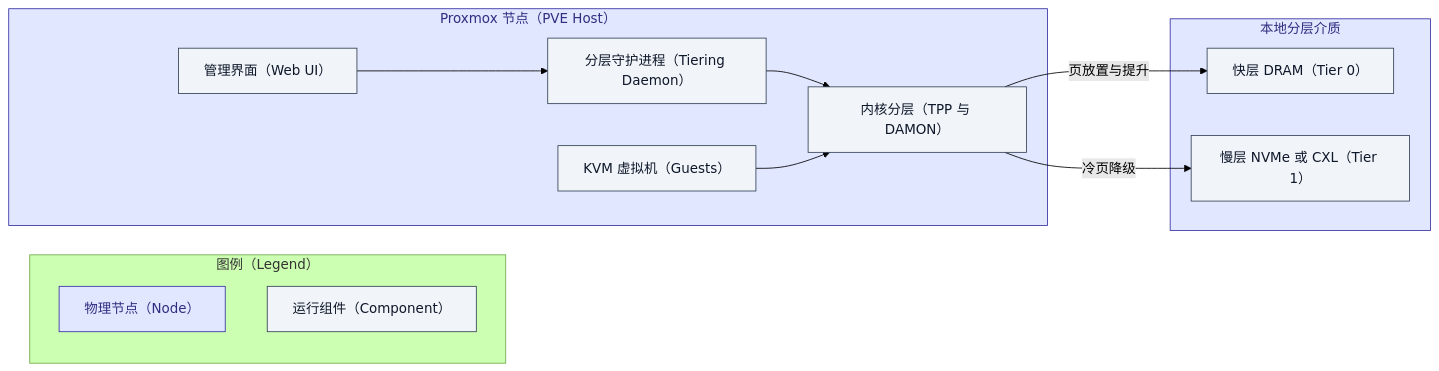
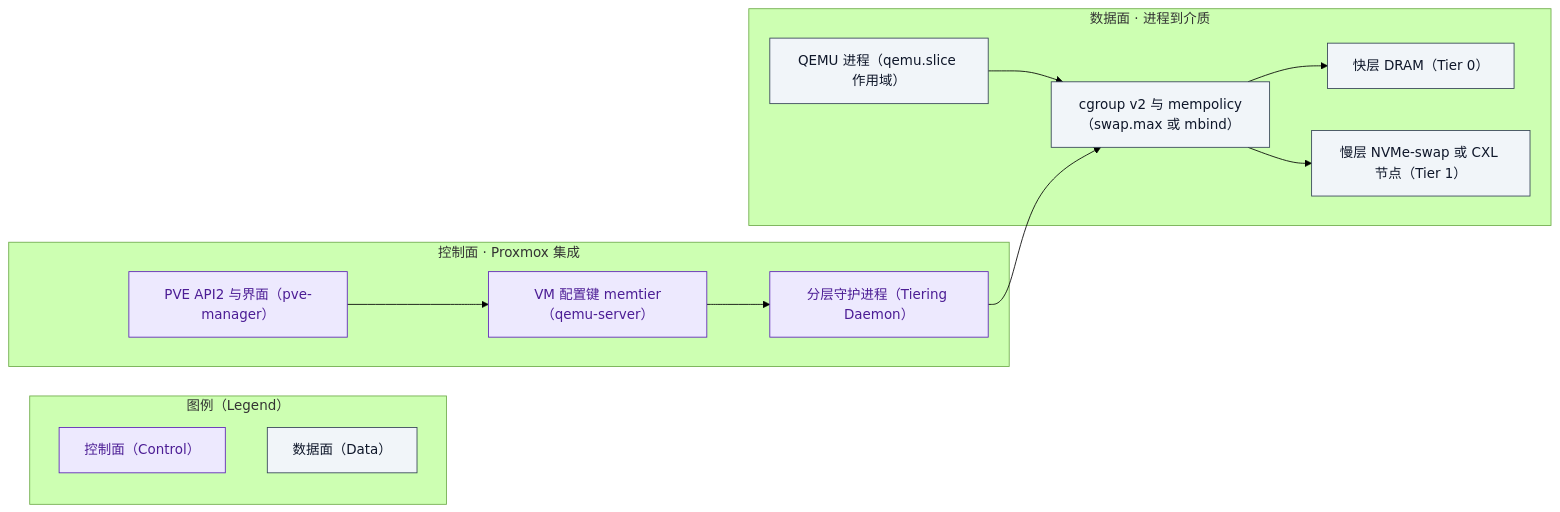
The fourth of 4 diagrams in docs/harness-sop/examples/memory-tiring-p2v/report.md (turtacn/storm), drawn with Mermaid (forest theme) before and after one commit. The commit also changed other lines of this file and 7 other files, not shown here.

````diff
--- a/docs/harness-sop/examples/memory-tiring-p2v/report.md
+++ b/docs/harness-sop/examples/memory-tiring-p2v/report.md
@@ -186,26 +230,27 @@
 ```mermaid
 graph LR
-    %% 图例置顶
+    %% 每 VM 策略如何落到进程与介质
     subgraph LG[图例（Legend）]
-        LN[物理节点（Node）]:::nodeCls
-        LC[运行组件（Component）]:::compCls
+        LC[控制面（Control）]:::ctlCls
+        LD[数据面（Data）]:::datCls
     end
-    subgraph N1[Proxmox 节点（PVE Host）]
-        P1[管理界面（Web UI）]:::compCls
-        P2[分层守护进程（Tiering Daemon）]:::compCls
-        P4[内核分层（TPP 与 DAMON）]:::compCls
-        P3[KVM 虚拟机（Guests）]:::compCls
-        P1 --> P2
-        P2 --> P4
-        P3 --> P4
+    subgraph CTRL[控制面 · Proxmox 集成]
+        A1[PVE API2 与界面（pve-manager）]:::ctlCls
+        A2[VM 配置键 memtier（qemu-server）]:::ctlCls
+        A3[分层守护进程（Tiering Daemon）]:::ctlCls
+        A1 --> A2
+        A2 --> A3
     end
-    subgraph MEM[本地分层介质]
-        M1[快层 DRAM（Tier 0）]:::compCls
-        M2[慢层 NVMe 或 CXL（Tier 1）]:::compCls
+    subgraph DATA[数据面 · 进程到介质]
+        Q1[QEMU 进程（qemu.slice 作用域）]:::datCls
+        Q2[cgroup v2 与 mempolicy（swap.max 或 mbind）]:::datCls
+        Q3[快层 DRAM（Tier 0）]:::datCls
+        Q4[慢层 NVMe-swap 或 CXL 节点（Tier 1）]:::datCls
+        Q1 --> Q2
+        Q2 --> Q3
+        Q2 --> Q4
     end
-    P4 -->|页放置与提升| M1
-    P4 -->|冷页降级| M2
-    classDef nodeCls fill:#e0e7ff,stroke:#3730a3,color:#312e81;
-    classDef compCls fill:#f1f5f9,stroke:#334155,color:#0f172a;
-    class N1,MEM nodeCls;
+    A3 --> Q2
+    classDef ctlCls fill:#ede9fe,stroke:#5b21b6,color:#4c1d95;
+    classDef datCls fill:#f1f5f9,stroke:#334155,color:#0f172a;
 ```
````
